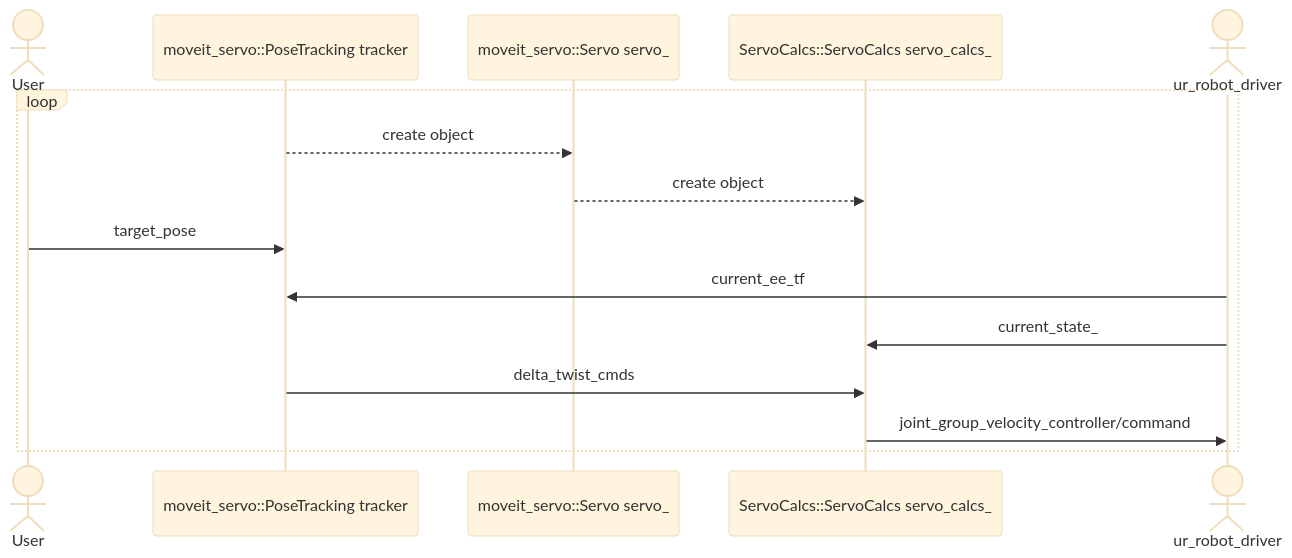
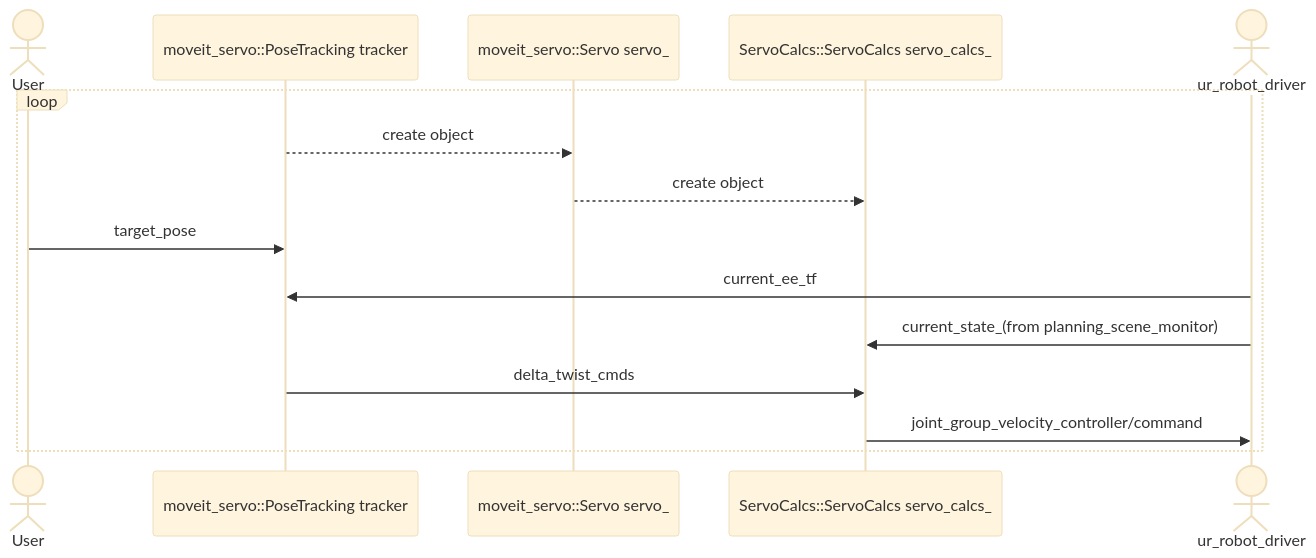
One commit to kemjensak/isaac_sim_tutorial changed the diagram in docs/day3-4.md. Above: the diagram before and after it, drawn with Mermaid (base theme). The commit also changed other lines of this file, not shown here.

````diff
--- a/docs/day3-4.md
+++ b/docs/day3-4.md
@@ -121,19 +121,19 @@
 ```mermaid 
 sequenceDiagram 
 	 actor user as User
 	 participant A as moveit_servo::PoseTracking tracker
 	 participant B as moveit_servo::Servo servo_ 
 	 participant C as ServoCalcs::ServoCalcs servo_calcs_  
 	 actor D as ur_robot_driver 
 	 loop
 	 
 	 A-->>B:create object
 	 B-->>C:create object
 	 user->>A: target_pose 
 	 D->>A: current_ee_tf
-	 D->>C: current_state_
+	 D->>C: current_state_(from planning_scene_monitor)
 	 A->>C: delta_twist_cmds
 	 C->>D: joint_group_velocity_controller/command
 	 
 	 end
 ```
````
